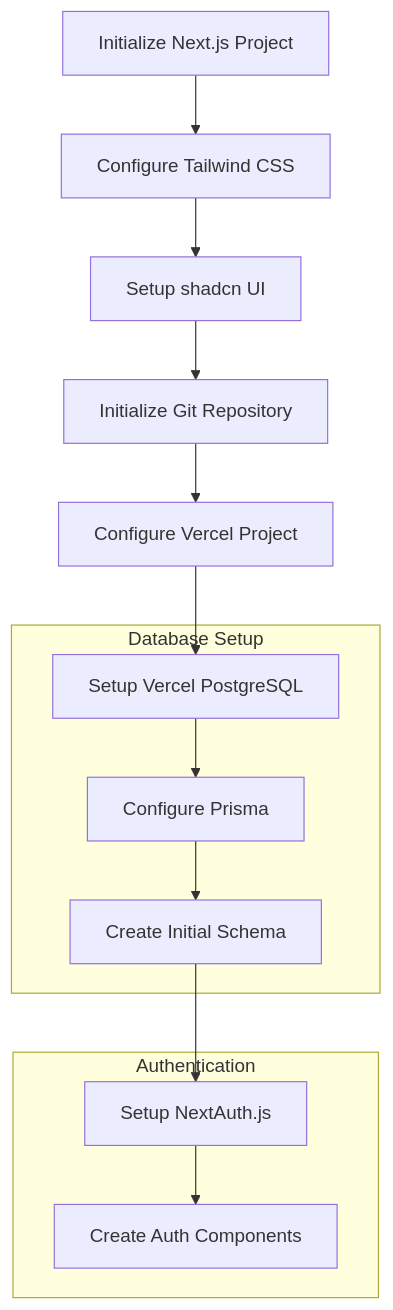
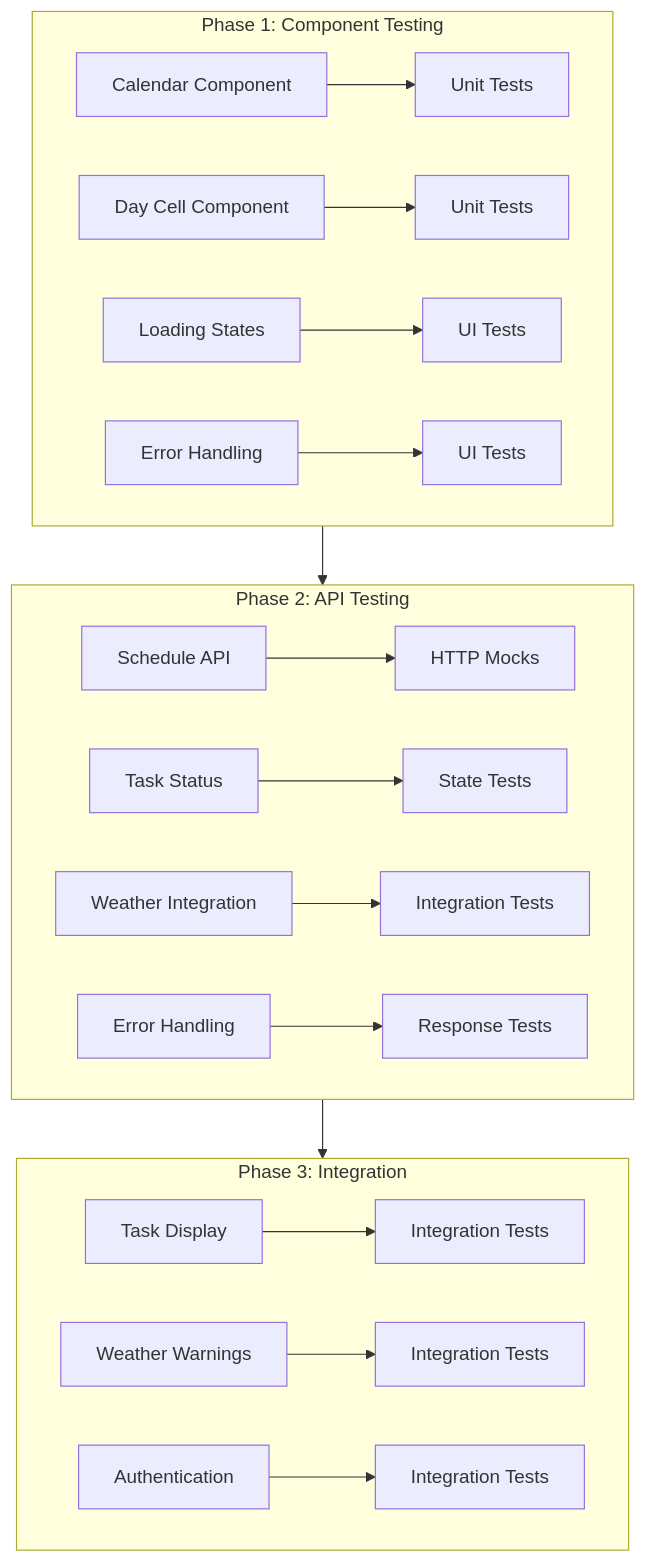
The seventh of 12 diagrams in memory-bank/implementationPlan.md (tlagaly/lawnsync-app), drawn with Mermaid before and after one commit. The commit also changed other lines of this file and 52 other files, not shown here.

Commit message:
Initial commit: MVP implementation with task tracking system

````diff
--- a/memory-bank/implementationPlan.md
+++ b/memory-bank/implementationPlan.md
@@ -8,23 +120,25 @@
 ```mermaid
 graph TD
-    A[Initialize Next.js Project] --> B[Configure Tailwind CSS]
-    B --> C[Setup shadcn UI]
-    C --> D[Initialize Git Repository]
-    D --> E[Configure Vercel Project]
-    E --> F[Setup Vercel PostgreSQL]
-    F --> G[Configure Prisma]
-    G --> H[Create Initial Schema]
-    H --> I[Setup NextAuth.js]
-    I --> J[Create Auth Components]
-    
-    subgraph "Database Setup"
-        F
-        G
-        H
+    subgraph Phase1[Phase 1: Component Testing]
+        A[Calendar Component] --> B[Unit Tests]
+        C[Day Cell Component] --> D[Unit Tests]
+        E[Loading States] --> F[UI Tests]
+        G[Error Handling] --> H[UI Tests]
     end
-    
-    subgraph "Authentication"
-        I
-        J
+
+    subgraph Phase2[Phase 2: API Testing]
+        I[Schedule API] --> J[HTTP Mocks]
+        K[Task Status] --> L[State Tests]
+        M[Weather Integration] --> N[Integration Tests]
+        O[Error Handling] --> P[Response Tests]
     end
+
+    subgraph Phase3[Phase 3: Integration]
+        Q[Task Display] --> R[Integration Tests]
+        S[Weather Warnings] --> T[Integration Tests]
+        U[Authentication] --> V[Integration Tests]
+    end
+
+    Phase1 --> Phase2
+    Phase2 --> Phase3
 ```
````
